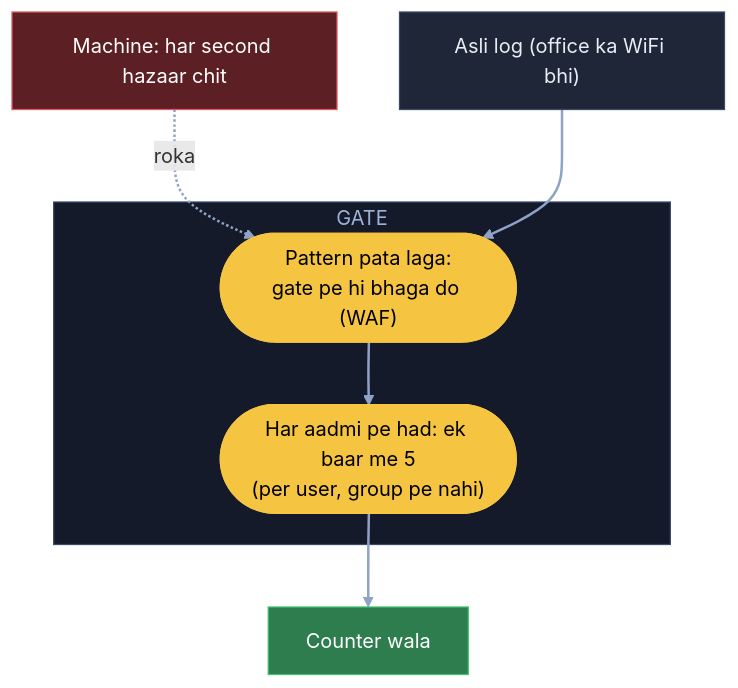
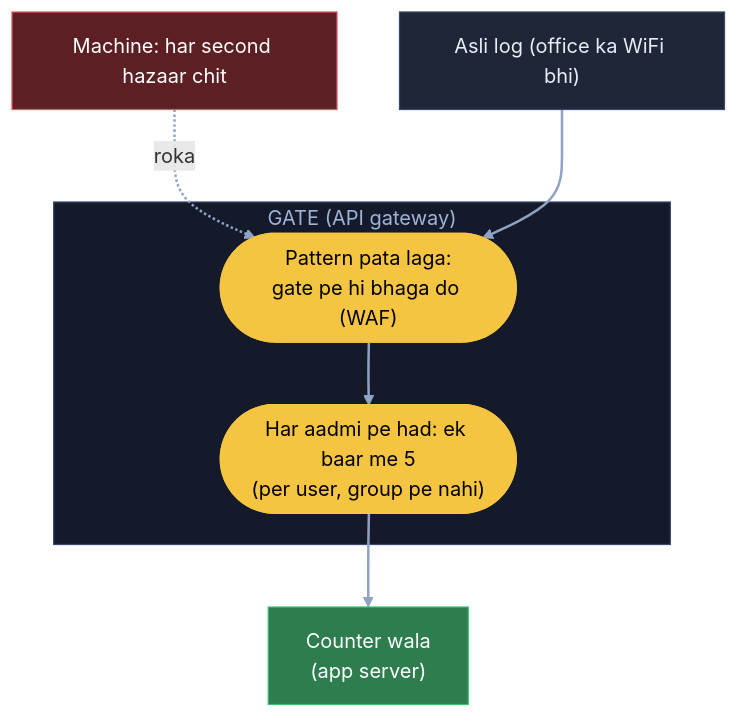
Before and after one commit to ArpanMaheshwari144/Prep: diagram 13 of 14 in 04_HLD/SYSTEM_DESIGNS/01_url_shortener/01_url_shortener.md, drawn with Mermaid. The commit also changed other lines of this file and 1 other file, not shown here.

Commit message:
URL main = hand notes + har kadam ka diagram (kahani shabd, bracket me naam); build_main.py se banti

````diff
--- a/04_HLD/SYSTEM_DESIGNS/01_url_shortener/01_url_shortener.md
+++ b/04_HLD/SYSTEM_DESIGNS/01_url_shortener/01_url_shortener.md
@@ -520,20 +471,20 @@
 ```mermaid
 flowchart TB
     S["Machine: har second hazaar chit"]:::bad
     L["Asli log (office ka WiFi bhi)"]:::card
-    subgraph GT["GATE"]
+    subgraph GT["GATE (API gateway)"]
         W(["Pattern pata laga:<br/>gate pe hi bhaga do (WAF)"]):::pill
         H(["Har aadmi pe had: ek baar me 5<br/>(per user, group pe nahi)"]):::pill
     end
-    C["Counter wala"]:::good
+    C["Counter wala<br/>(app server)"]:::good
     S -. "roka" .-> W
     L --> W
     W --> H
     H --> C
     linkStyle default stroke:#8fa3c7,stroke-width:2px
     classDef card fill:#1e2638,stroke:#3a4a6b,color:#e8ecf5
     classDef pill fill:#f5c542,stroke:#f5c542,color:#000
     classDef good fill:#2e7d4f,stroke:#3fbf6f,color:#fff
     classDef bad fill:#5c1f24,stroke:#e05561,color:#fff
     style GT fill:#141a29,stroke:#3a4a6b,color:#9fb3d9
 ```
````
